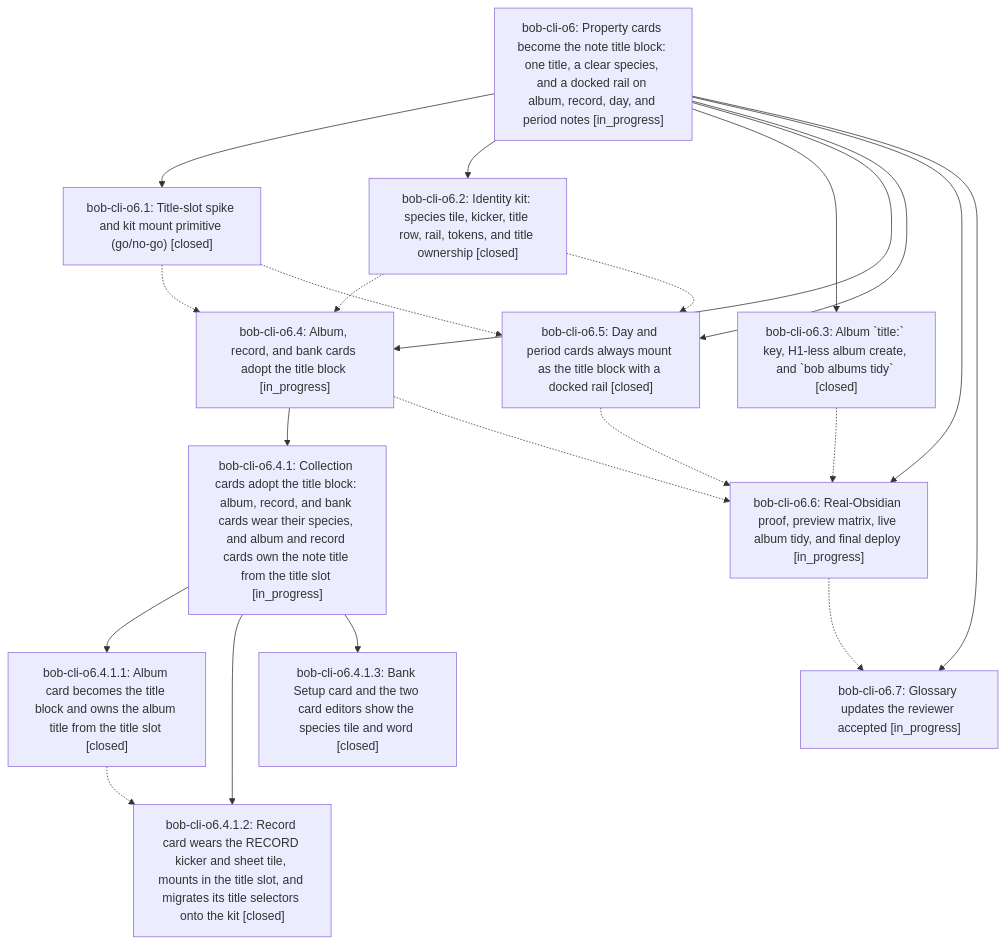
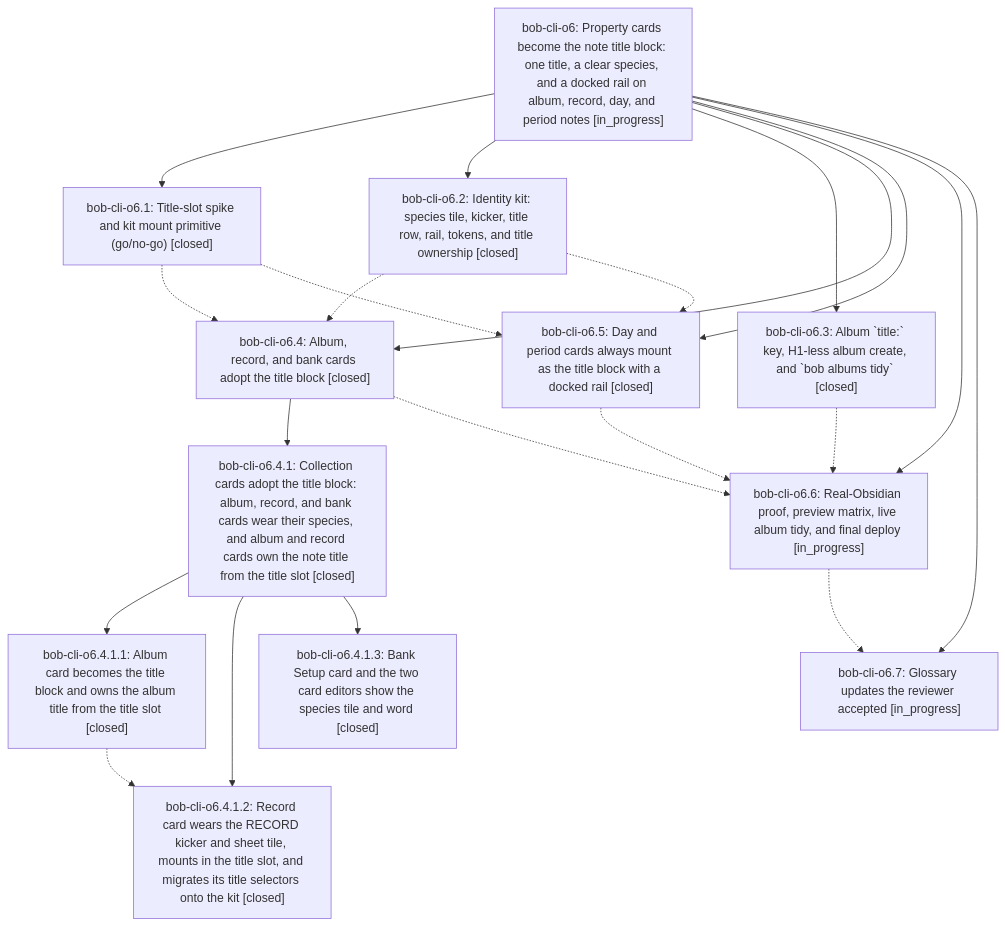
One commit to bobs-org/bob-cli--beads changed the diagram in pages/bob-cli-o6/README.md. Above: the diagram before and after it, drawn with Mermaid. The commit also changed other lines of this file and 5 other files, not shown here.

First line of the commit message:
chore(beads): sync bead state and pages for bob-cli-o6

````diff
--- a/pages/bob-cli-o6/README.md
+++ b/pages/bob-cli-o6/README.md
@@ -44,35 +50,35 @@
 ```mermaid
 flowchart TD
     n0["bob-cli-o6: Property cards become the note title block: one title, a clear species, and a docked rail on album, record, day, and period notes [in_progress]"]
     n1["bob-cli-o6.1: Title-slot spike and kit mount primitive (go/no-go) [closed]"]
     n2["bob-cli-o6.2: Identity kit: species tile, kicker, title row, rail, tokens, and title ownership [closed]"]
     n3["bob-cli-o6.3: Album `title:` key, H1-less album create, and `bob albums tidy` [closed]"]
-    n4["bob-cli-o6.4: Album, record, and bank cards adopt the title block [in_progress]"]
-    n5["bob-cli-o6.4.1: Collection cards adopt the title block: album, record, and bank cards wear their species, and album and record cards own the note title from the title slot [in_progress]"]
+    n4["bob-cli-o6.4: Album, record, and bank cards adopt the title block [closed]"]
+    n5["bob-cli-o6.4.1: Collection cards adopt the title block: album, record, and bank cards wear their species, and album and record cards own the note title from the title slot [closed]"]
     n6["bob-cli-o6.4.1.1: Album card becomes the title block and owns the album title from the title slot [closed]"]
     n7["bob-cli-o6.4.1.2: Record card wears the RECORD kicker and sheet tile, mounts in the title slot, and migrates its title selectors onto the kit [closed]"]
     n8["bob-cli-o6.4.1.3: Bank Setup card and the two card editors show the species tile and word [closed]"]
     n9["bob-cli-o6.5: Day and period cards always mount as the title block with a docked rail [closed]"]
     n10["bob-cli-o6.6: Real-Obsidian proof, preview matrix, live album tidy, and final deploy [in_progress]"]
     n11["bob-cli-o6.7: Glossary updates the reviewer accepted [in_progress]"]
     n0 --> n1
     n0 --> n2
     n0 --> n3
     n0 --> n4
     n4 --> n5
     n5 --> n6
     n5 --> n7
     n5 --> n8
     n0 --> n9
     n0 --> n10
     n0 --> n11
     n1 -.-> n4
     n1 -.-> n9
     n2 -.-> n4
     n2 -.-> n9
     n3 -.-> n10
     n4 -.-> n10
     n6 -.-> n7
     n9 -.-> n10
     n10 -.-> n11
 ```
````
